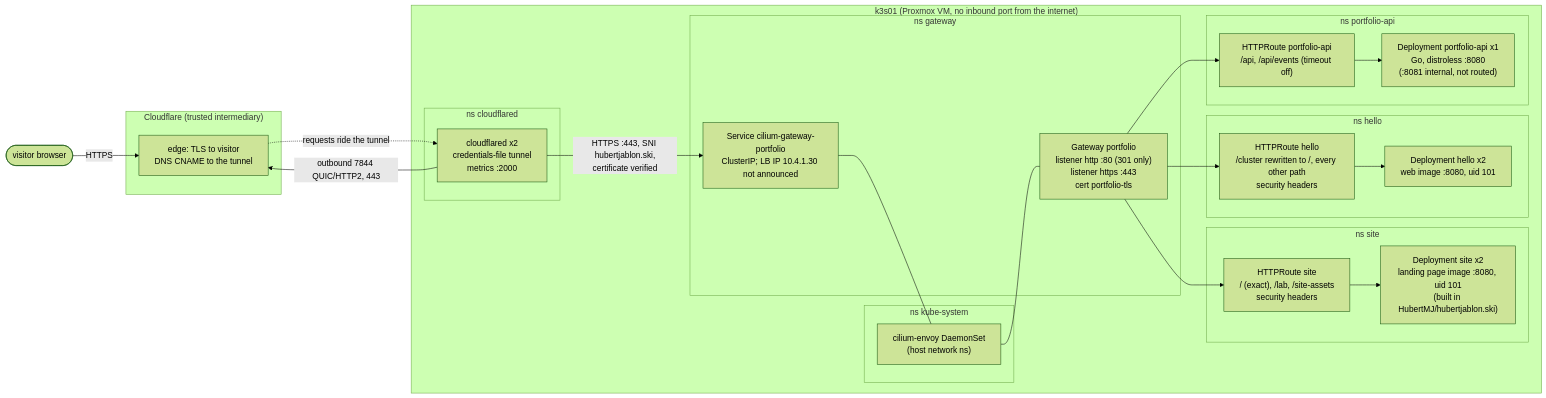
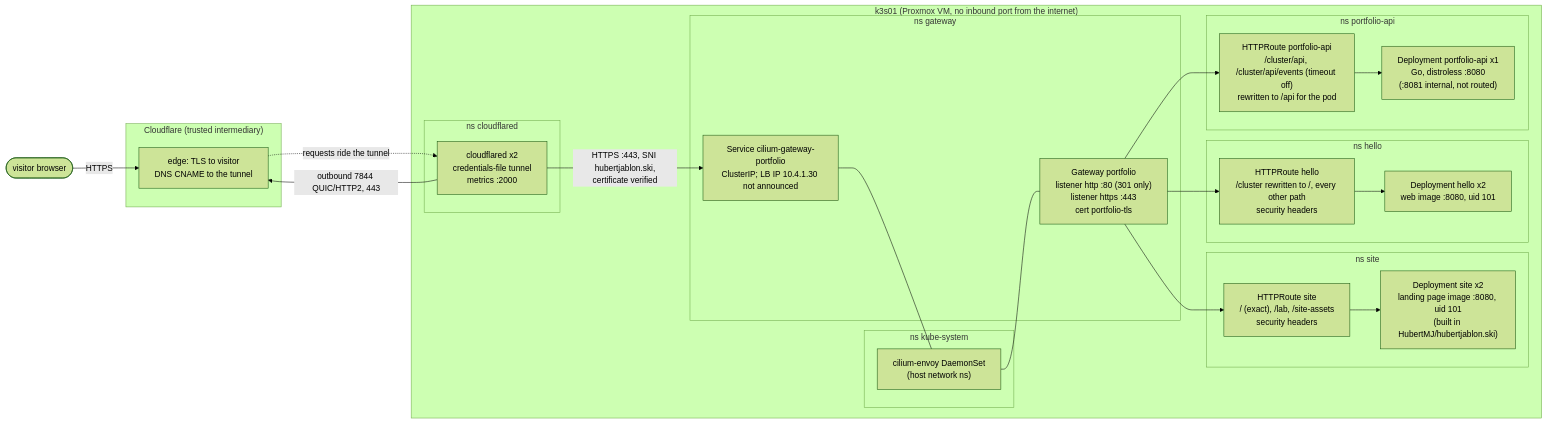
Before and after one commit to HubertMJ/self-defending-portfolio: the first of 6 diagrams in docs/architecture/README.md, drawn with Mermaid (forest theme). The commit also changed other lines of this file and 19 other files, not shown here.

````diff
--- a/docs/architecture/README.md
+++ b/docs/architecture/README.md
@@ -33,40 +33,40 @@
 ```mermaid
 flowchart LR
     V([visitor browser])
     subgraph CF["Cloudflare (trusted intermediary)"]
         EDGE["edge: TLS to visitor<br/>DNS CNAME to the tunnel"]
     end
     subgraph NODE["k3s01 (Proxmox VM, no inbound port from the internet)"]
         subgraph NS_CFD["ns cloudflared"]
             CFD["cloudflared x2<br/>credentials-file tunnel<br/>metrics :2000"]
         end
         subgraph NS_KS["ns kube-system"]
             ENVOY["cilium-envoy DaemonSet<br/>(host network ns)"]
         end
         subgraph NS_GW["ns gateway"]
             GW["Gateway portfolio<br/>listener http :80 (301 only)<br/>listener https :443<br/>cert portfolio-tls"]
             SVC["Service cilium-gateway-portfolio<br/>ClusterIP; LB IP 10.4.1.30 not announced"]
         end
         subgraph NS_SITE["ns site"]
             SROUTE["HTTPRoute site<br/>/ (exact), /lab, /site-assets<br/>security headers"]
             SITE["Deployment site x2<br/>landing page image :8080, uid 101<br/>(built in HubertMJ/hubertjablon.ski)"]
         end
         subgraph NS_HELLO["ns hello"]
             ROUTE["HTTPRoute hello<br/>/cluster rewritten to /, every other path<br/>security headers"]
             WEB["Deployment hello x2<br/>web image :8080, uid 101"]
         end
         subgraph NS_API["ns portfolio-api"]
-            AROUTE["HTTPRoute portfolio-api<br/>/api, /api/events (timeout off)"]
+            AROUTE["HTTPRoute portfolio-api<br/>/cluster/api, /cluster/api/events (timeout off)<br/>rewritten to /api for the pod"]
             API["Deployment portfolio-api x1<br/>Go, distroless :8080<br/>(:8081 internal, not routed)"]
         end
     end
     V -- "HTTPS" --> EDGE
     CFD -- "outbound 7844 QUIC/HTTP2, 443" --> EDGE
     EDGE -. "requests ride the tunnel" .-> CFD
     CFD -- "HTTPS :443, SNI hubertjablon.ski,<br/>certificate verified" --> SVC
     SVC --- ENVOY
     ENVOY --- GW
     GW --> SROUTE --> SITE
     GW --> ROUTE --> WEB
     GW --> AROUTE --> API
 ```
````
